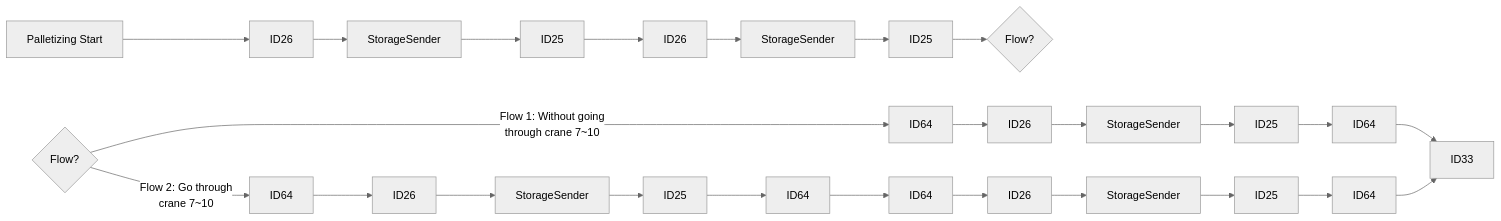
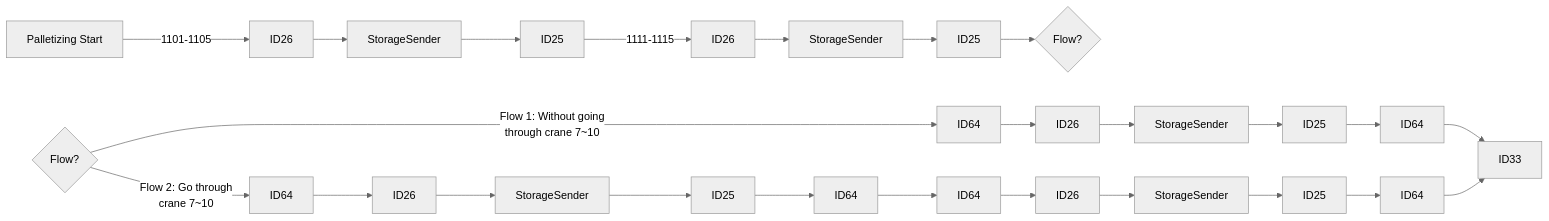
The first of 23 diagrams in Basic-Design/DFD-WMS/Storage/Palletizing-Settting/Palletize-Start.md (luthfiadityaa/SimeDarby-Wiki), drawn with Mermaid (neutral theme) before and after one commit.

Commit message:
Updated Palletize Start

```diff
--- a/Basic-Design/DFD-WMS/Storage/Palletizing-Settting/Palletize-Start.md
+++ b/Basic-Design/DFD-WMS/Storage/Palletizing-Settting/Palletize-Start.md
@@ -5,19 +5,19 @@
 ::: mermaid
 flowchart LR
   
-P1[Palletizing Start]-->P2[ID26]-->P3[StorageSender]-->P4[ID25]
-P4[ID25]-->P5[ID26]-->P6[StorageSender]-->P7[ID25]
+P1[Palletizing Start]--> |1101-1105| P2[ID26]-->P3[StorageSender]-->P4[ID25]
+P4[ID25]--> |1111-1115| P5[ID26]-->P6[StorageSender]-->P7[ID25]
 P7[ID25]-->Cond1{Flow?} 
 
 Cond2{Flow?}
 
 Cond2 --> |Flow 1: Without going 
 through crane 7~10| P8[ID64]
 Cond2 --> |Flow 2: Go through 
 crane 7~10| P9[ID64]
 P8[ID64]-->P10[ID26]-->P11[StorageSender]-->P12[ID25]-->P13[ID64]
 P9[ID64]-->P15[ID26]-->P16[StorageSender]-->P17[ID25]-->P18[ID64]-->P19[ID64]-->P20[ID26]-->P21[StorageSender]-->P22[ID25]-->P23[ID64]
 
 P13[ID64]-->P14[ID33]
 P23[ID64]-->P14[ID33]
 :::
```
